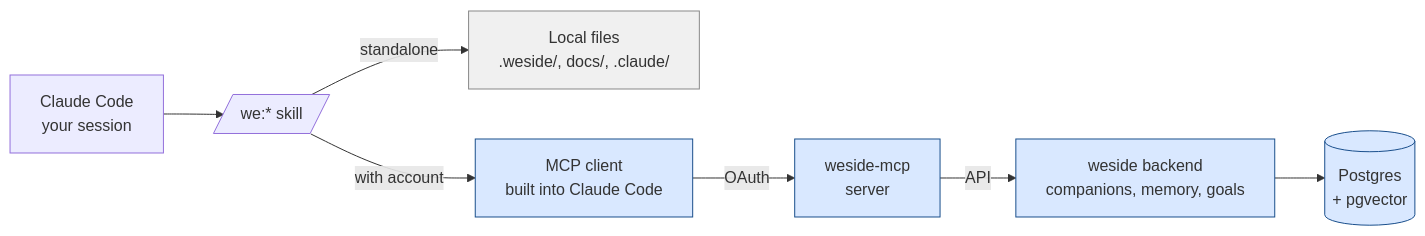
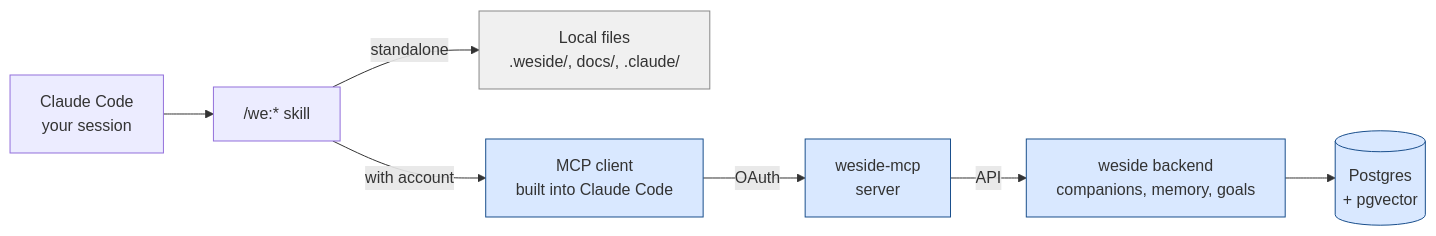
One commit to weside-ai/claude-code-plugin changed the diagram in docs/mcp.md. Above: the diagram before and after it, drawn with Mermaid. The commit also changed 4 other files, not shown here.

````diff
--- a/docs/mcp.md
+++ b/docs/mcp.md
@@ -15,15 +15,15 @@
 ```mermaid
 flowchart LR
-    CC[Claude Code<br/>your session] --> Skill[/we:* skill/]
+    CC[Claude Code<br/>your session] --> Skill["/we:* skill"]
     Skill -->|standalone| LocalFS[Local files<br/>.weside/, docs/, .claude/]
     Skill -->|with account| MCPClient[MCP client<br/>built into Claude Code]
     MCPClient -->|OAuth| MCPServer[weside-mcp<br/>server]
     MCPServer -->|API| Backend[weside backend<br/>companions, memory, goals]
     Backend --> Persist[(Postgres<br/>+ pgvector)]
 
     style LocalFS fill:#f0f0f0,stroke:#888
     style MCPClient fill:#d9e8ff,stroke:#1a4f8c
     style MCPServer fill:#d9e8ff,stroke:#1a4f8c
     style Backend fill:#d9e8ff,stroke:#1a4f8c
     style Persist fill:#d9e8ff,stroke:#1a4f8c
 ```
````
